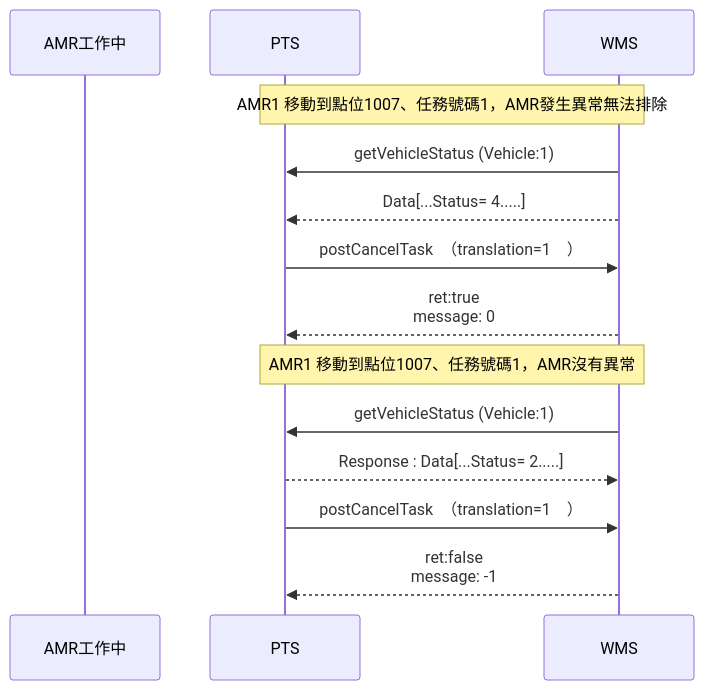
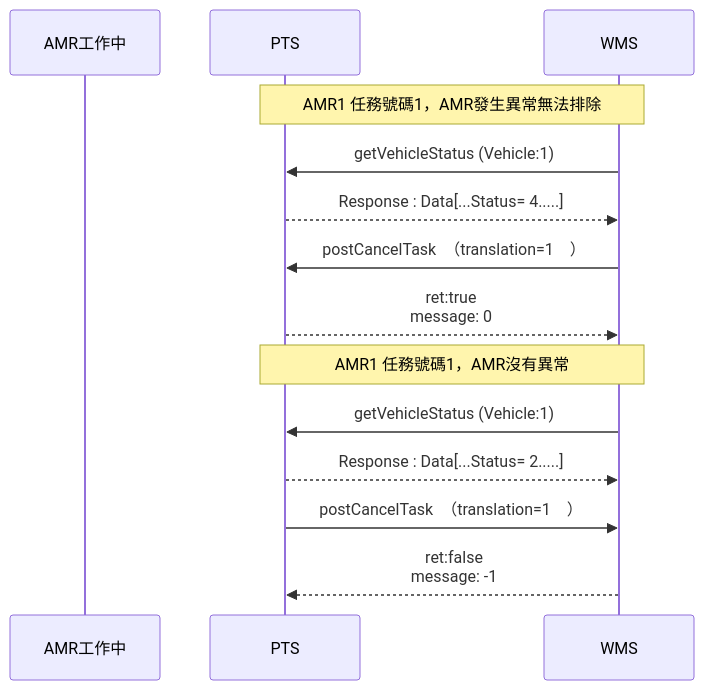
One commit to athena-tircgo/amr-wms-lsj changed the seventh of 9 diagrams in README.md. Above: the diagram before and after it, drawn with Mermaid. The commit also changed other lines of this file, not shown here.

````diff
--- a/README.md
+++ b/README.md
@@ -405,21 +410,21 @@
 ```mermaid
 sequenceDiagram
     participant AMR工作中
     participant PTS
     participant WMS
 
 
-note over PTS,WMS: AMR1 移動到點位1007、任務號碼1，AMR發生異常無法排除
+note over PTS,WMS: AMR1 任務號碼1，AMR發生異常無法排除
 　　　WMS->>PTS:getVehicleStatus (Vehicle:1)
-     WMS-->>PTS : Data[...Status= 4.....]
+     PTS-->>WMS : Response : Data[...Status= 4.....]
 
-     PTS->>WMS: postCancelTask　（translation=1　）
-     WMS-->>PTS: ret:true  <br> message: 0
+     WMS->>PTS: postCancelTask　（translation=1　）
+     PTS-->>WMS : ret:true  <br> message: 0
 
-note over PTS,WMS: AMR1 移動到點位1007、任務號碼1，AMR沒有異常
+note over PTS,WMS: AMR1 任務號碼1，AMR沒有異常
      WMS->>PTS:getVehicleStatus (Vehicle:1)
-　　　PTS-->>WMS:Response : Data[...Status= 2.....]
+　　　PTS-->>WMS: Response :  Data[...Status= 2.....]
 
 　　　PTS->>WMS: postCancelTask　（translation=1　）
      WMS-->>PTS: ret:false  <br> message: -1
 ```
````
